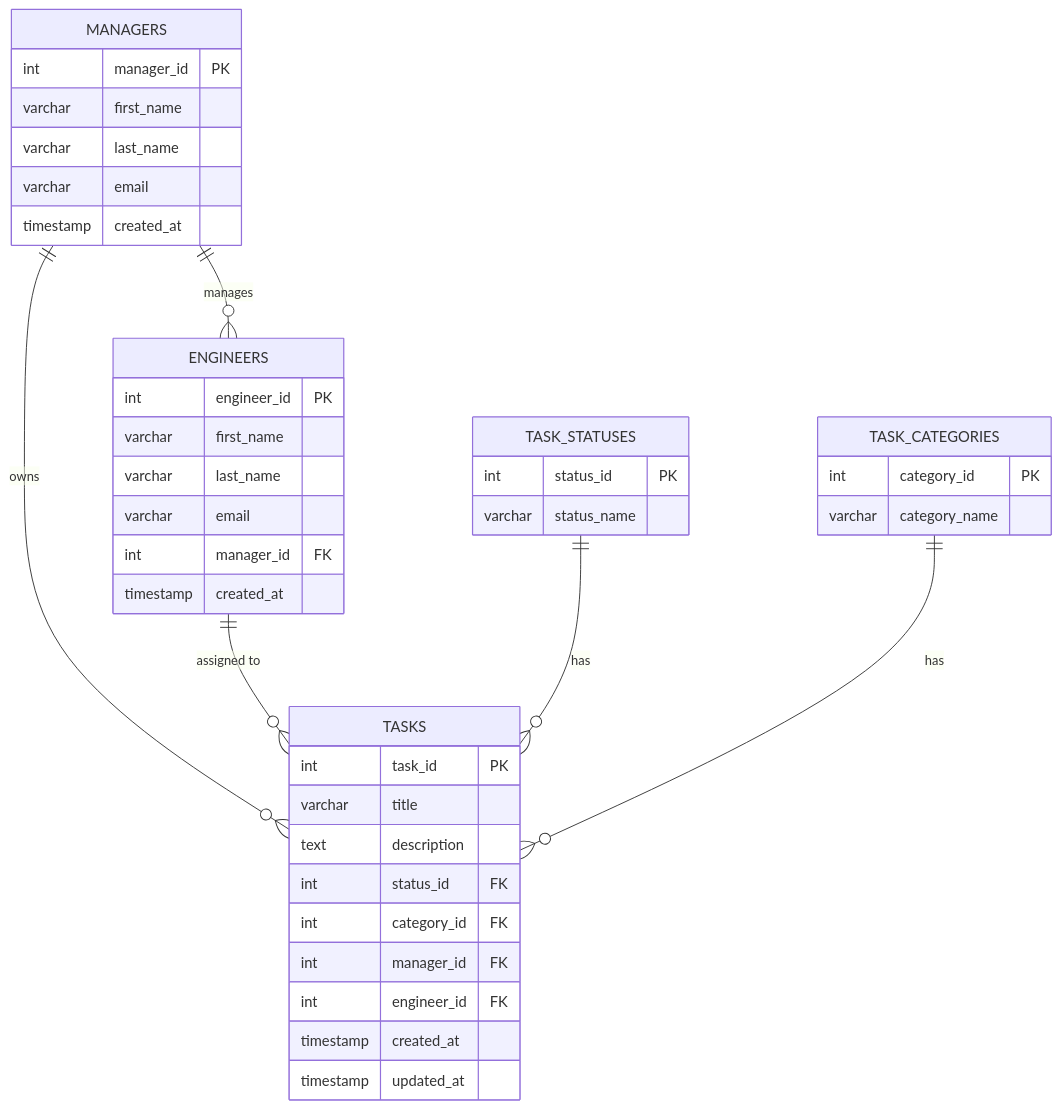
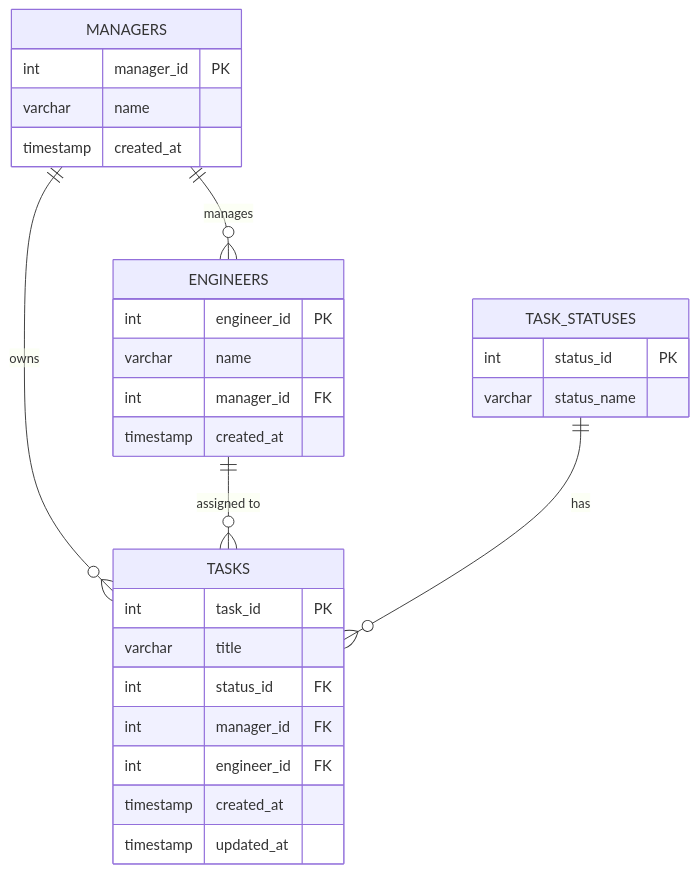
The diagram in docs/schema.md (cs390f26/agile-board-monolith), drawn with Mermaid before and after one commit. The commit also changed other lines of this file, not shown here.

Commit message:
edited schema file

````diff
--- a/docs/schema.md
+++ b/docs/schema.md
@@ -11,43 +11,32 @@
 ```mermaid
 erDiagram
     MANAGERS ||--o{ ENGINEERS : manages
     MANAGERS ||--o{ TASKS : owns
     ENGINEERS ||--o{ TASKS : "assigned to"
     TASK_STATUSES ||--o{ TASKS : has
-    TASK_CATEGORIES ||--o{ TASKS : has
 
     MANAGERS {
         int manager_id PK
-        varchar first_name
-        varchar last_name
-        varchar email
+        varchar name
         timestamp created_at
     }
     ENGINEERS {
         int engineer_id PK
-        varchar first_name
-        varchar last_name
-        varchar email
+        varchar name
         int manager_id FK
         timestamp created_at
     }
     TASK_STATUSES {
         int status_id PK
         varchar status_name
     }
-    TASK_CATEGORIES {
-        int category_id PK
-        varchar category_name
-    }
     TASKS {
         int task_id PK
         varchar title
-        text description
         int status_id FK
-        int category_id FK
         int manager_id FK
         int engineer_id FK
         timestamp created_at
         timestamp updated_at
     }
 ```
````
